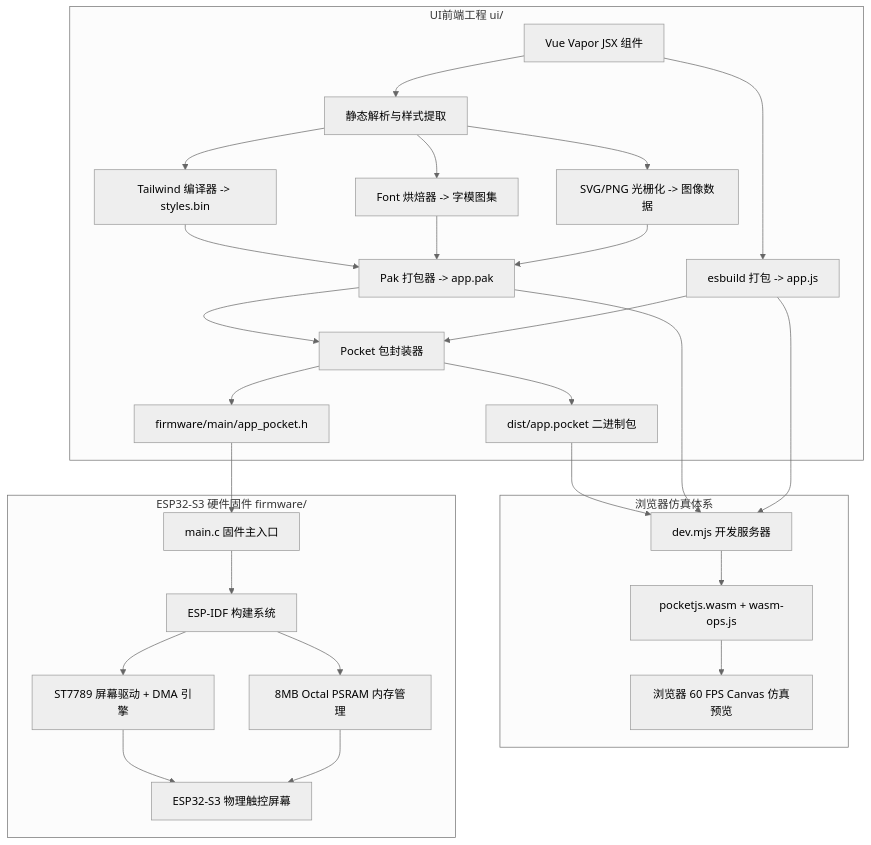
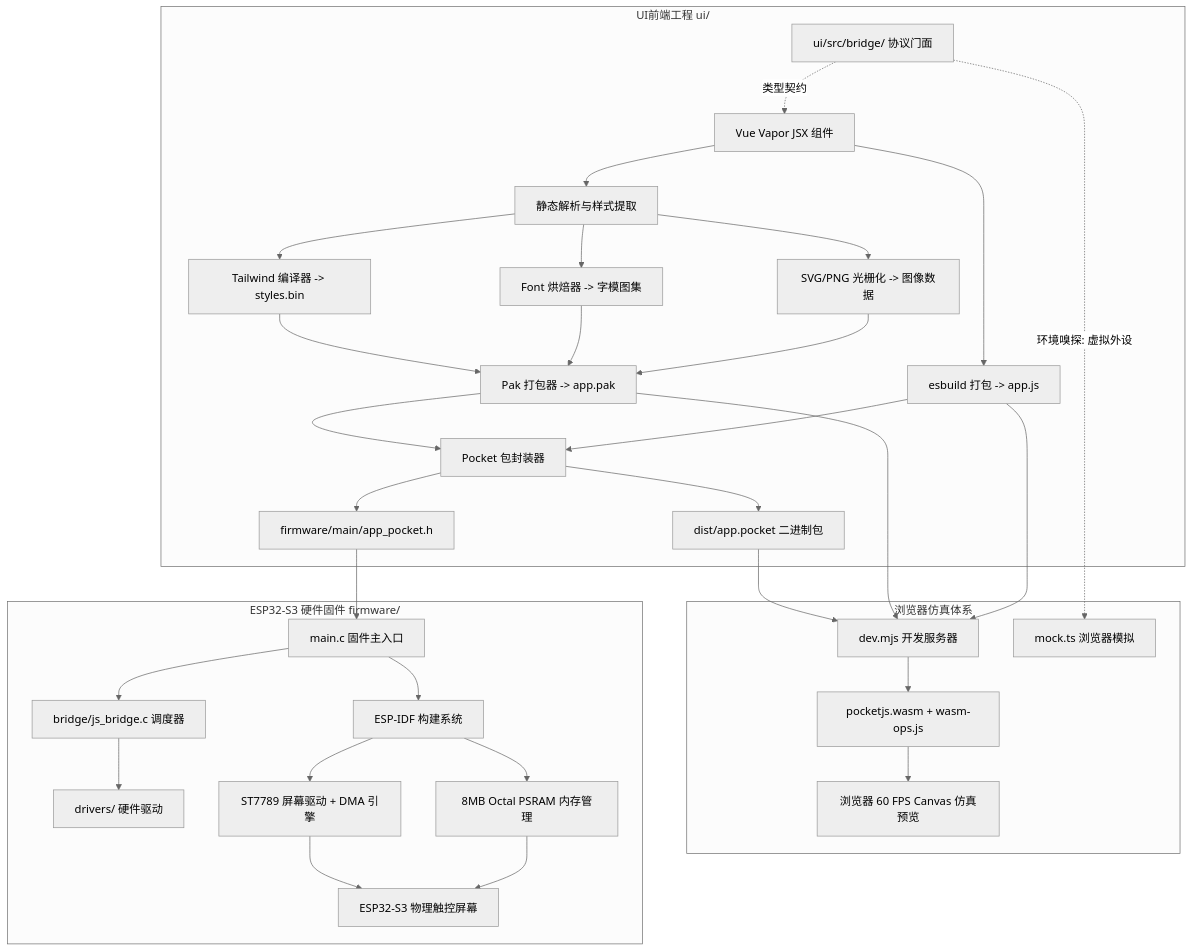
Before and after one commit to slime7/remapad: the first of 2 diagrams in docs/ARCHITECTURE.md, drawn with Mermaid (neutral theme). The commit also changed other lines of this file and 23 other files, not shown here.

````diff
--- a/docs/ARCHITECTURE.md
+++ b/docs/ARCHITECTURE.md
@@ -15,28 +16,32 @@
 ```mermaid
 graph TD
     subgraph UI前端工程 ui/
         JSX[Vue Vapor JSX 组件] --> Parser[静态解析与样式提取]
         Parser --> TW[Tailwind 编译器 -> styles.bin]
         Parser --> FB[Font 烘焙器 -> 字模图集]
         Parser --> SVG[SVG/PNG 光栅化 -> 图像数据]
         TW & FB & SVG --> Pak[Pak 打包器 -> app.pak]
         JSX --> Bundler[esbuild 打包 -> app.js]
         Pak & Bundler --> PocketPack[Pocket 包封装器]
         PocketPack --> Pkg[dist/app.pocket 二进制包]
         PocketPack --> CHeader[firmware/main/app_pocket.h]
+        Bridge[ui/src/bridge/ 协议门面] -.->|类型契约| JSX
     end
 
     subgraph 浏览器仿真体系
         Pkg & Pak & Bundler --> DevServer[dev.mjs 开发服务器]
         DevServer --> WASM[pocketjs.wasm + wasm-ops.js]
         WASM --> Canvas[浏览器 60 FPS Canvas 仿真预览]
+        Bridge -.->|环境嗅探: 虚拟外设| Mock[mock.ts 浏览器模拟]
     end
 
     subgraph ESP32-S3 硬件固件 firmware/
         CHeader --> MainC[main.c 固件主入口]
         MainC --> IDF[ESP-IDF 构建系统]
+        MainC --> JsBridge[bridge/js_bridge.c 调度器]
+        JsBridge --> Drivers[drivers/ 硬件驱动]
         IDF --> Driver[ST7789 屏幕驱动 + DMA 引擎]
         IDF --> PSRAM[8MB Octal PSRAM 内存管理]
         Driver & PSRAM --> Screen[ESP32-S3 物理触控屏幕]
     end
 ```
````
